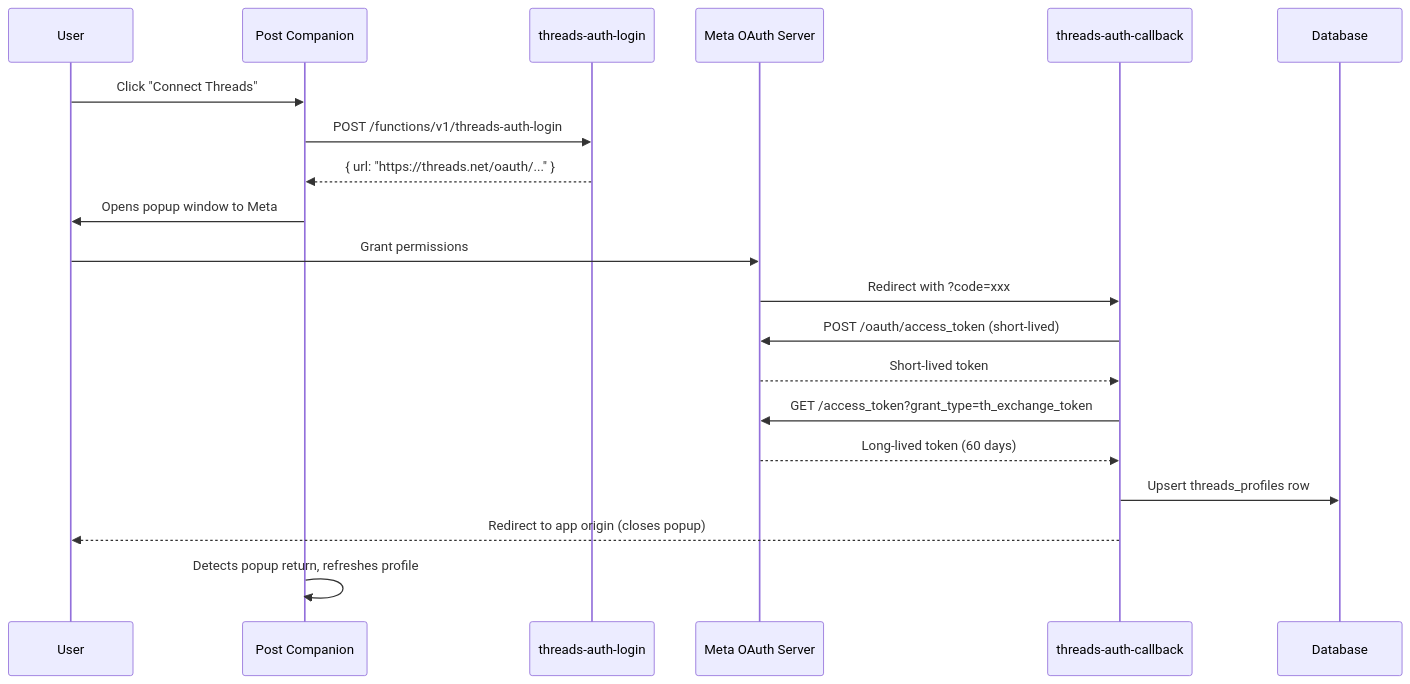
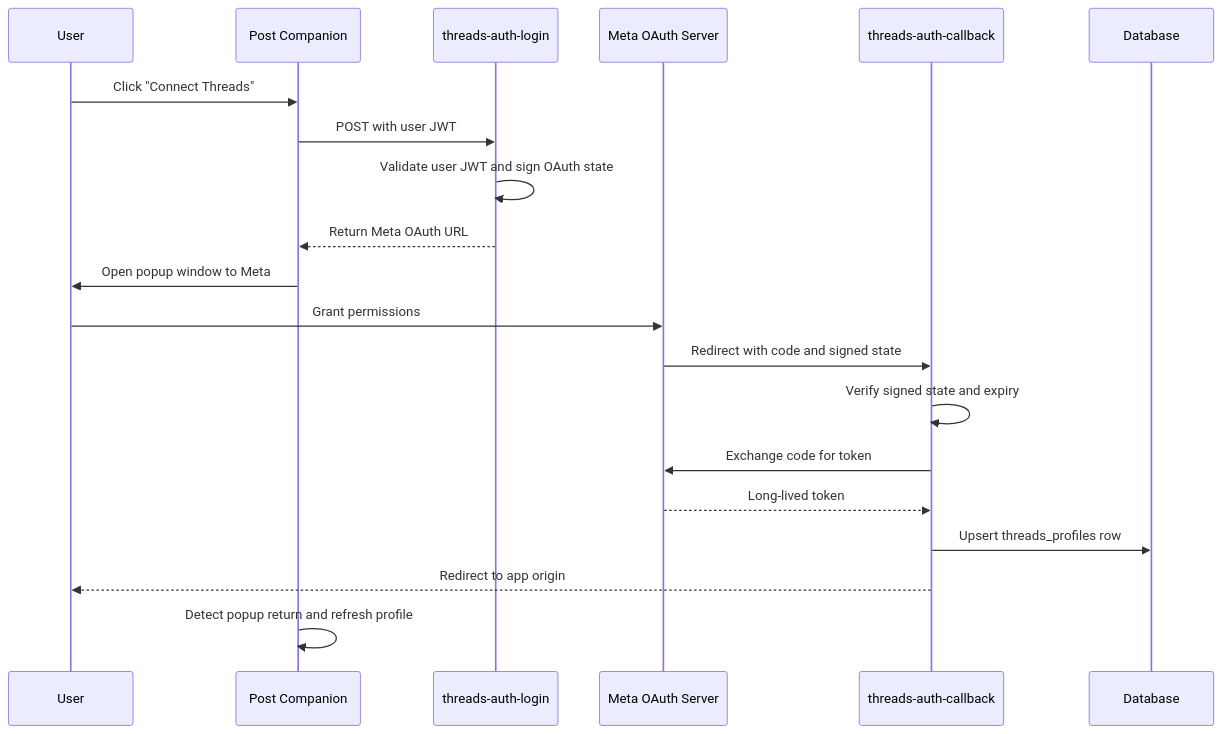
The first of 2 diagrams in integrations/threads-api.mdx (thedrivenceo/threadly), drawn with Mermaid before and after one commit. The commit also changed other lines of this file, not shown here.

Commit message:
docs: update threads api integration

````diff
--- a/integrations/threads-api.mdx
+++ b/integrations/threads-api.mdx
@@ -25,23 +27,23 @@
 ```mermaid
 sequenceDiagram
     participant User
     participant App as Post Companion
     participant Login as threads-auth-login
     participant Meta as Meta OAuth Server
     participant Callback as threads-auth-callback
     participant DB as Database
 
     User->>App: Click "Connect Threads"
-    App->>Login: POST /functions/v1/threads-auth-login
-    Login-->>App: { url: "https://threads.net/oauth/..." }
-    App->>User: Opens popup window to Meta
+    App->>Login: POST with user JWT
+    Login->>Login: Validate user JWT and sign OAuth state
+    Login-->>App: Return Meta OAuth URL
+    App->>User: Open popup window to Meta
     User->>Meta: Grant permissions
-    Meta->>Callback: Redirect with ?code=xxx
-    Callback->>Meta: POST /oauth/access_token (short-lived)
-    Meta-->>Callback: Short-lived token
-    Callback->>Meta: GET /access_token?grant_type=th_exchange_token
-    Meta-->>Callback: Long-lived token (60 days)
+    Meta->>Callback: Redirect with code and signed state
+    Callback->>Callback: Verify signed state and expiry
+    Callback->>Meta: Exchange code for token
+    Meta-->>Callback: Long-lived token
     Callback->>DB: Upsert threads_profiles row
-    Callback-->>User: Redirect to app origin (closes popup)
-    App->>App: Detects popup return, refreshes profile
+    Callback-->>User: Redirect to app origin
+    App->>App: Detect popup return and refresh profile
 ```
````
